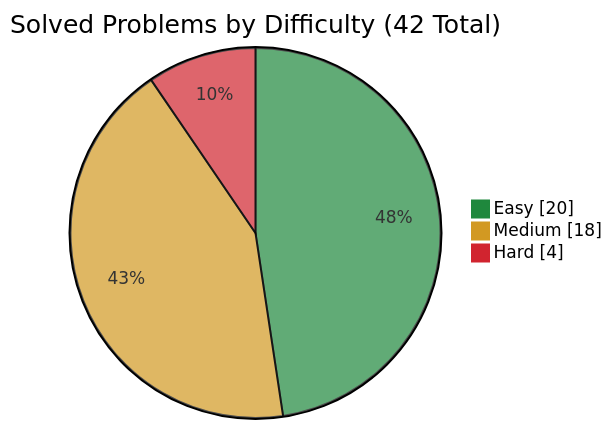
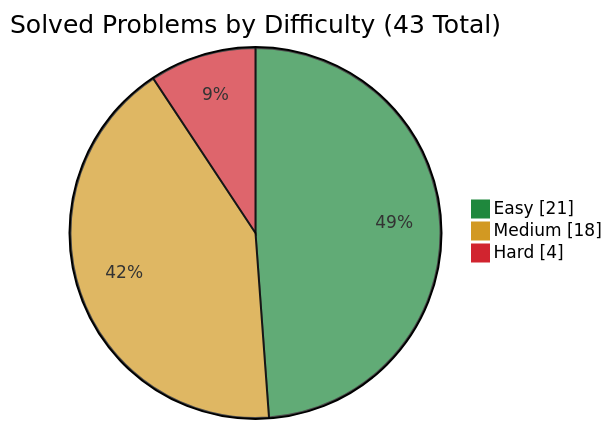
One commit to simonesiega/leetcode-solutions changed the second of 4 diagrams in README.md. Above: the diagram before and after it, drawn with Mermaid. The commit also changed other lines of this file and 3 other files, not shown here.

````diff
--- a/README.md
+++ b/README.md
@@ -91,8 +91,8 @@
 ```mermaid
 %%{init: {"themeVariables": {"pie1": "#1f883d", "pie2": "#d29922", "pie3": "#d1242f"}}}%%
 pie showData
-    title Solved Problems by Difficulty (42 Total)
-    "Easy" : 20
+    title Solved Problems by Difficulty (43 Total)
+    "Easy" : 21
     "Medium" : 18
     "Hard" : 4
 ```
````
